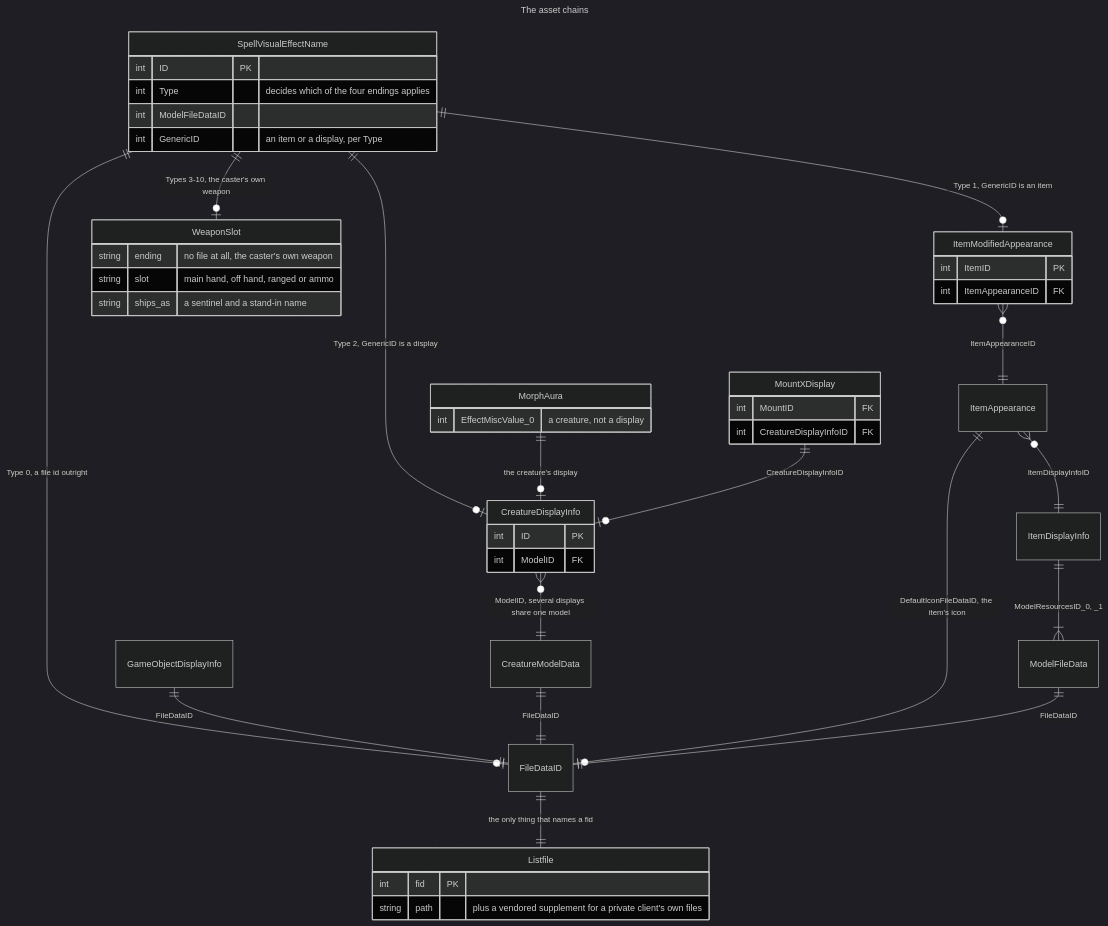
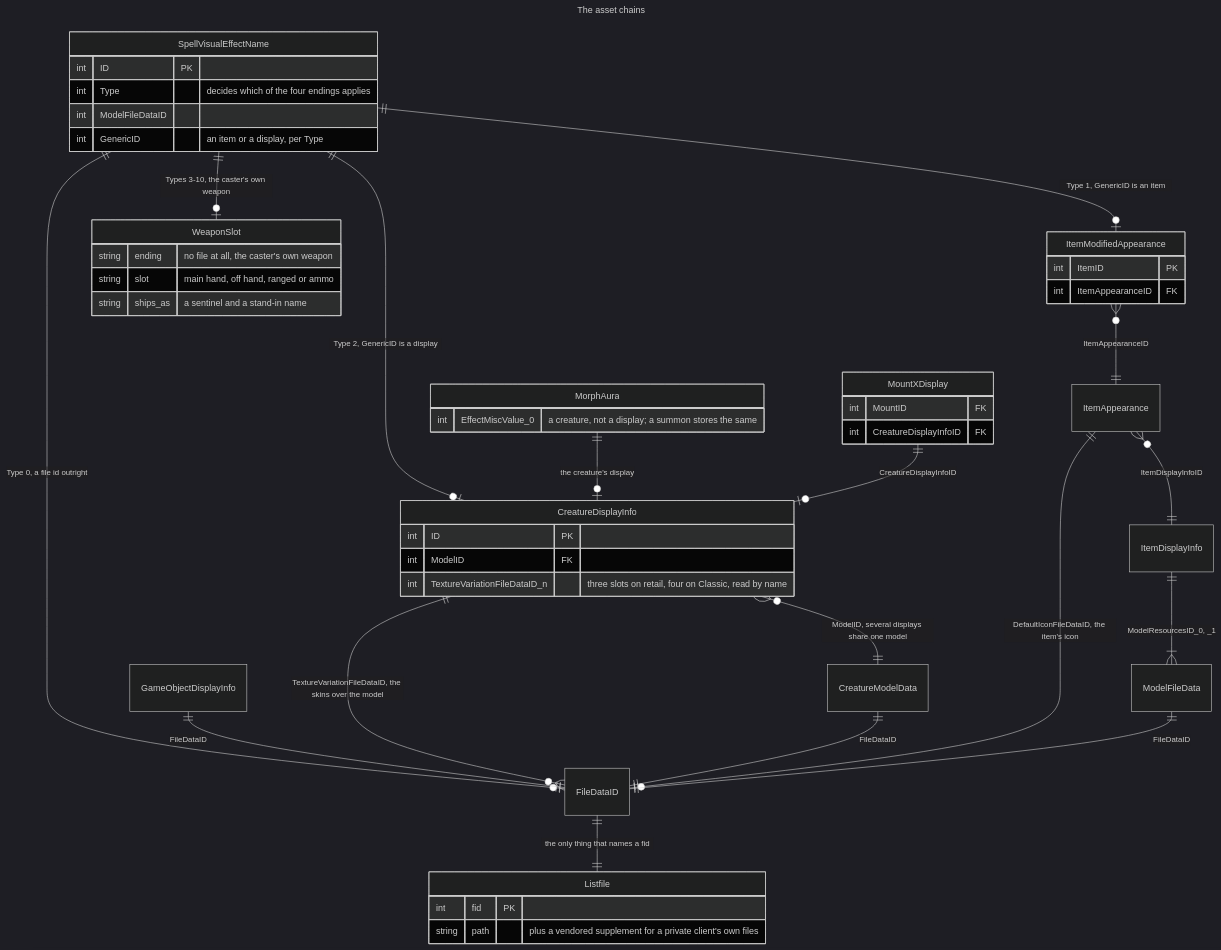
The fifth of 12 diagrams in docs/DATA_ROUTES.md (Natans8/Epsilook), drawn with Mermaid (dark theme) before and after one commit. The commit also changed other lines of this file and 61 other files, not shown here.

````diff
--- a/docs/DATA_ROUTES.md
+++ b/docs/DATA_ROUTES.md
@@ -437,60 +437,62 @@
 ```mermaid
 ---
 title: The asset chains
 ---
 erDiagram
     accTitle: The asset chains
     accDescr {
     An effect name's Type selects one of four endings: a file id directly, a creature
     display, an item, or a weapon slot that names no asset at all. Two more routes enter the
     same graph without going through an effect name — a mount and a spawned gameobject — and
     CreatureModelData is where three of the chains converge. Every file id that survives is
     named by the community listfile.
     }
     SpellVisualEffectName ||--o| FileDataID:"Type 0, a file id outright"
     SpellVisualEffectName ||--o| CreatureDisplayInfo:"Type 2, GenericID is a display"
     SpellVisualEffectName ||--o| ItemModifiedAppearance:"Type 1, GenericID is an item"
     SpellVisualEffectName ||--o| WeaponSlot:"Types 3-10, the caster's own weapon"
     MorphAura ||--o| CreatureDisplayInfo:"the creature's display"
     MountXDisplay ||--o| CreatureDisplayInfo:"CreatureDisplayInfoID"
     GameObjectDisplayInfo ||--|| FileDataID:"FileDataID"
     CreatureDisplayInfo }o--|| CreatureModelData:"ModelID, several displays share one model"
+    CreatureDisplayInfo ||--o{ FileDataID:"TextureVariationFileDataID, the skins over the model"
     CreatureModelData ||--|| FileDataID:"FileDataID"
     ItemModifiedAppearance }o--|| ItemAppearance:"ItemAppearanceID"
     ItemAppearance }o--|| ItemDisplayInfo:"ItemDisplayInfoID"
     ItemAppearance ||--o| FileDataID:"DefaultIconFileDataID, the item's icon"
     ItemDisplayInfo ||--|{ ModelFileData:"ModelResourcesID_0, _1"
     ModelFileData ||--|| FileDataID:"FileDataID"
     FileDataID ||--|| Listfile:"the only thing that names a fid"
 
     SpellVisualEffectName {
         int ID PK
         int Type"decides which of the four endings applies"
         int ModelFileDataID
         int GenericID"an item or a display, per Type"
     }
     CreatureDisplayInfo {
         int ID PK
         int ModelID FK
+        int TextureVariationFileDataID_n"three slots on retail, four on Classic, read by name"
     }
     ItemModifiedAppearance {
         int ItemID PK
         int ItemAppearanceID FK
     }
     MorphAura {
-        int EffectMiscValue_0"a creature, not a display"
+        int EffectMiscValue_0"a creature, not a display; a summon stores the same"
     }
     MountXDisplay {
         int MountID FK
         int CreatureDisplayInfoID FK
     }
     WeaponSlot {
         string ending"no file at all, the caster's own weapon"
         string slot"main hand, off hand, ranged or ammo"
         string ships_as"a sentinel and a stand-in name"
     }
     Listfile {
         int fid PK
         string path"plus a vendored supplement for a private client's own files"
     }
 ```
````
